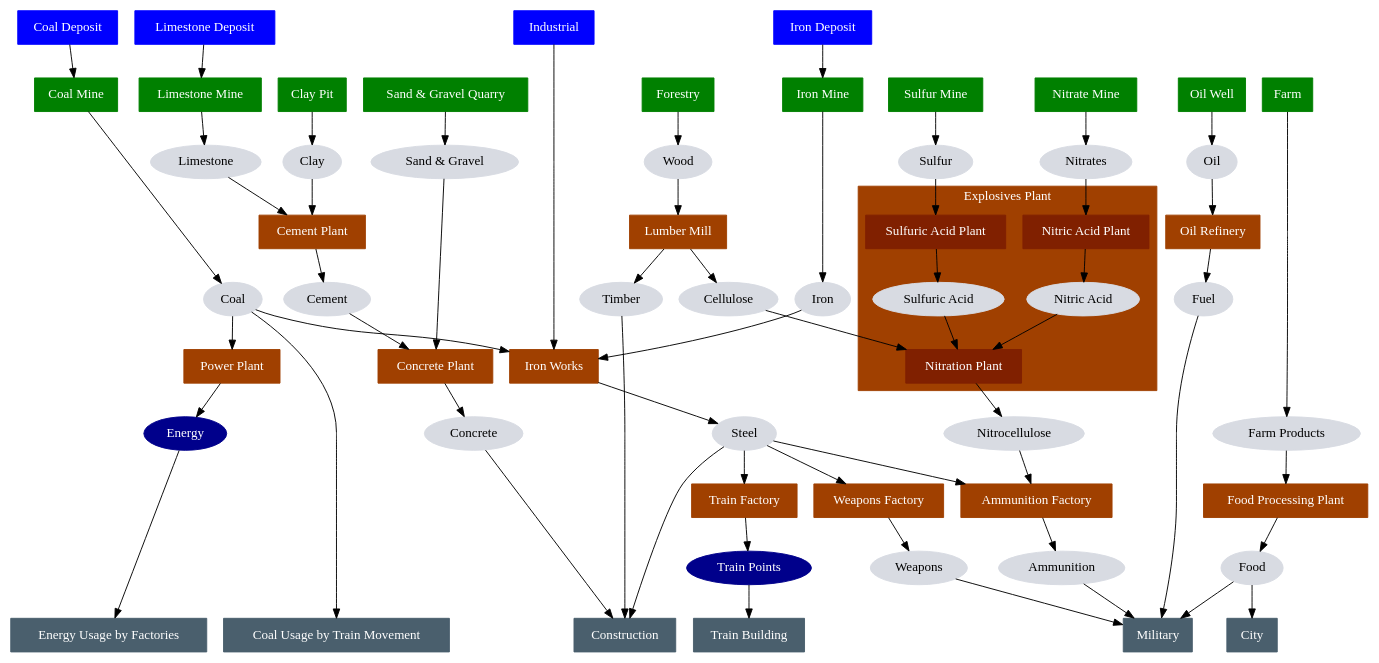
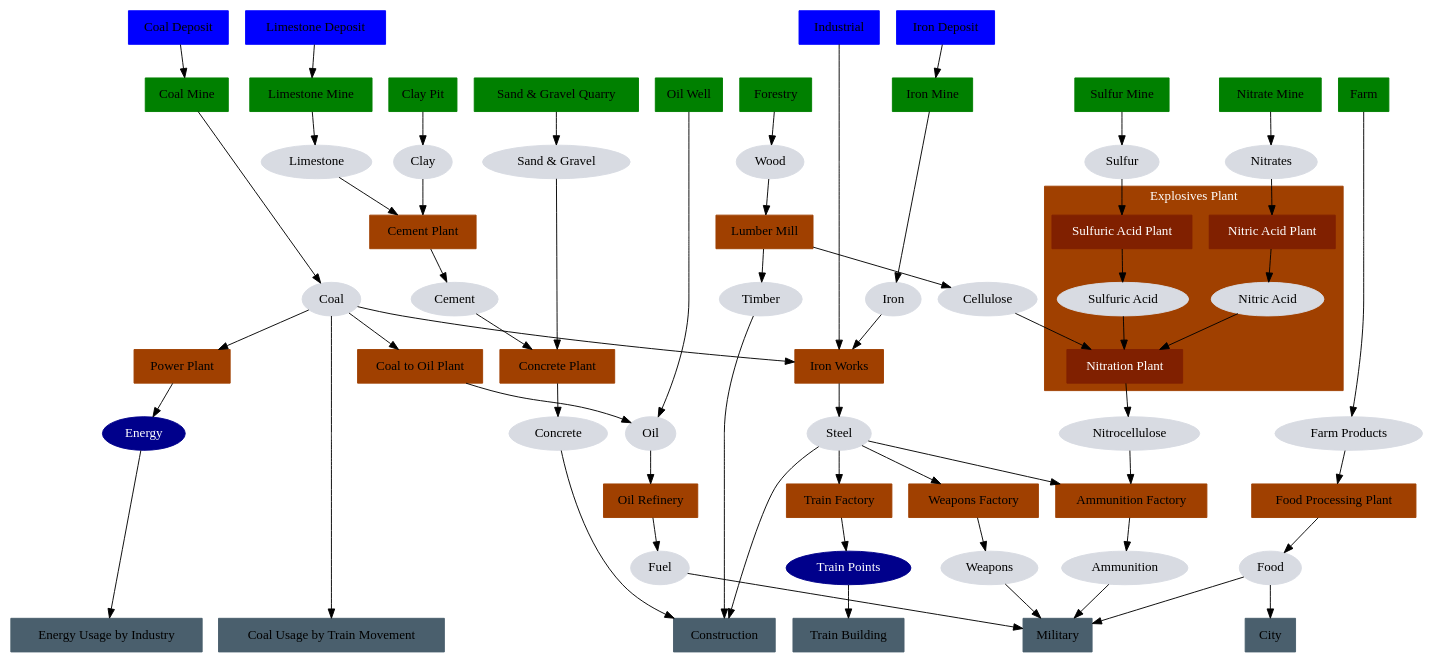
One commit to jurisk/train-simulator changed the diagram in flow.dot. Above: the diagram before and after it, drawn with Graphviz. The commit also changed 2 other files, not shown here.

```diff
--- a/flow.dot
+++ b/flow.dot
@@ -1,171 +1,173 @@
 digraph G {
-    node [style = filled, fontcolor = white];
-
-    # Zoning
+    // Zoning
     node [shape = box, color = blue, style = filled];
     CoalDeposit [label = "Coal Deposit"];
     IronDeposit [label = "Iron Deposit"];
     Industrial [label = "Industrial"];
     LimestoneDeposit [label = "Limestone Deposit"];
 
     { rank = same; CoalDeposit; IronDeposit; Industrial; LimestoneDeposit; }
 
-    # Raw materials extraction
+    // Raw materials extraction
     node [shape = box, color = green, style = filled];
     CoalMine [label = "Coal Mine"];
     IronMine [label = "Iron Mine"];
     Forestry [label = "Forestry"];
     SulfurMine [label = "Sulfur Mine"];
     NitrateMine [label = "Nitrate Mine"];
     OilWell [label = "Oil Well"];
     LimestoneMine [label = "Limestone Mine"];
     ClayPit [label = "Clay Pit"];
     SandAndGravelQuarry [label = "Sand & Gravel Quarry"];
     Farm [label = "Farm"];
     { rank = same; CoalMine; IronMine; Forestry; SulfurMine; NitrateMine; OilWell; LimestoneMine; ClayPit; SandAndGravelQuarry; Farm; }
 
     node [shape = box, color = "#a04000"];
-    # https://en.wikipedia.org/wiki/Basic_oxygen_steelmaking
+    // https://en.wikipedia.org/wiki/Basic_oxygen_steelmaking
     IronWorks [label = "Iron Works"];
     WeaponsFactory [label = "Weapons Factory"];
     TrainFactory [label = "Train Factory"];
     LumberMill [label = "Lumber Mill"];
     AmmunitionFactory [label = "Ammunition Factory"];
     OilRefinery [label = "Oil Refinery"];
     CementPlant [label = "Cement Plant"];
     ConcretePlant [label = "Concrete Plant"];
     FoodProcessingPlant [label = "Food Processing Plant"];
     PowerPlant [label = "Power Plant"];
+    CoalToOilPlant [label = "Coal to Oil Plant"];
 
     subgraph cluster_ExplosivesPlant {
-        # This is being built together as otherwise it becomes too much micro-management
-        # Later: Should we be considering the TNT aspects too?
-        # See https://en.wikipedia.org/wiki/TNT#Preparation and https://en.wikipedia.org/wiki/Toluene#Production
+        // This is being built together as otherwise it becomes too much micro-management
+        // Later: Should we be considering the TNT aspects too?
+        // See https://en.wikipedia.org/wiki/TNT#Preparation and https://en.wikipedia.org/wiki/Toluene#Production
         style = filled;
         color = "#a04000";
         fontcolor = white;
         label = "Explosives Plant";
         node [shape = box, color = "#802000", fontcolor = white];
 
         NitricAcidPlant [label = "Nitric Acid Plant"];
         SulfuricAcidPlant [label = "Sulfuric Acid Plant"];
         NitrationPlant [label = "Nitration Plant"];
 
         node [shape = ellipse, color = "#D8DBE2", fontcolor = black, style = filled];
         NitricAcid [label = "Nitric Acid"];
         SulfuricAcid [label = "Sulfuric Acid"];
     }
 
-    # Final consumers
+    // Final consumers
     node [shape = box, color = "#4A5F6D"];
     Construction [label = "Construction"];
     Military [label = "Military"];
     CoalUsageByTrainMovement [label = "Coal Usage by Train Movement"]
     TrainBuilding [label = "Train Building"];
     PowerPlant [label = "Power Plant"];
     City [label = "City"];
-    EnergyUsageByFactories [label = "Energy Usage by Factories"];
-    { rank = same; Construction; Military; CoalUsageByTrainMovement; TrainBuilding; EnergyUsageByFactories; City; }
+    EnergyUsageByIndustry [label = "Energy Usage by Industry"];
+    { rank = same; Construction; Military; CoalUsageByTrainMovement; TrainBuilding; EnergyUsageByIndustry; City; }
 
     node [shape = ellipse, color = "#D8DBE2", fontcolor = black];
     Coal [label = "Coal"];
     Iron [label = "Iron"];
     Oil [label = "Oil"];
     Fuel [label = "Fuel"];
     Nitrates [label = "Nitrates"];
     Sulfur [label = "Sulfur"];
     Nitrocellulose [label = "Nitrocellulose"];
     Timber [label = "Timber"];
     Cellulose [label = "Cellulose"];
     Concrete [label = "Concrete"];
     Cement [label = "Cement"];
     SandAndGravel [label = "Sand & Gravel"];
     Clay [label = "Clay"];
     Limestone [label = "Limestone"];
     Weapons [label = "Weapons"];
     Ammunition [label = "Ammunition"];
     Steel [label = "Steel"];
     FarmProducts [label = "Farm Products"];
     Wood [label = "Wood"];
     Food [label = "Food"];
 
     node [color = "darkblue", fontcolor = white];
     Energy [label = "Energy"];
     TrainPoints [label = "Train Points"];
 
     CoalDeposit -> CoalMine;
     IronDeposit -> IronMine;
     Industrial -> IronWorks;
 
     CoalMine -> Coal;
     Coal -> IronWorks;
     Coal -> CoalUsageByTrainMovement;
     Coal -> PowerPlant;
     PowerPlant -> Energy;
-    Energy -> EnergyUsageByFactories;
+    Energy -> EnergyUsageByIndustry;
 
     IronMine -> Iron;
     Iron -> IronWorks;
 
     OilWell -> Oil;
     Oil -> OilRefinery;
     OilRefinery -> Fuel;
     Fuel -> Military;
 
     NitrateMine -> Nitrates;
     Nitrates -> NitricAcidPlant;
 
     SulfurMine -> Sulfur;
     Sulfur -> SulfuricAcidPlant;
 
     Forestry -> Wood;
     Wood -> LumberMill;
     LumberMill -> Cellulose;
     Cellulose -> NitrationPlant;
     LumberMill -> Timber;
     Timber -> Construction;
 
     NitricAcidPlant -> NitricAcid;
     NitricAcid -> NitrationPlant;
 
     SulfuricAcidPlant -> SulfuricAcid;
     SulfuricAcid -> NitrationPlant;
 
     NitrationPlant -> Nitrocellulose;
     Nitrocellulose -> AmmunitionFactory;
 
     AmmunitionFactory -> Ammunition;
     Ammunition -> Military;
     WeaponsFactory -> Weapons;
     Weapons -> Military;
 
     IronWorks -> Steel;
     Steel -> AmmunitionFactory;
     Steel -> WeaponsFactory;
     Steel -> Construction;
     Steel -> TrainFactory;
     TrainFactory -> TrainPoints;
     TrainPoints -> TrainBuilding;
 
     LimestoneDeposit -> LimestoneMine;
     LimestoneMine -> Limestone;
     Limestone -> CementPlant;
 
     ClayPit -> Clay;
     Clay -> CementPlant;
 
     CementPlant -> Cement;
     Cement -> ConcretePlant;
 
     SandAndGravelQuarry -> SandAndGravel;
     SandAndGravel -> ConcretePlant;
 
     ConcretePlant -> Concrete;
     Concrete -> Construction;
 
     Farm -> FarmProducts;
     FarmProducts -> FoodProcessingPlant;
     FoodProcessingPlant -> Food;
     Food -> Military;
     Food -> City;
+
+    Coal -> CoalToOilPlant;
+    CoalToOilPlant -> Oil;
 }
```
